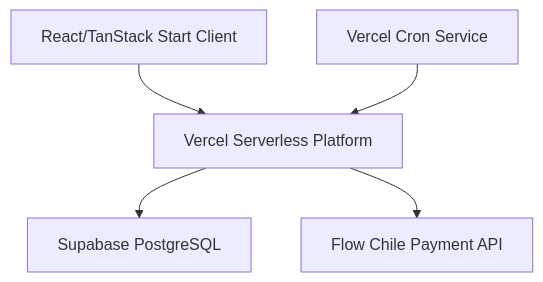
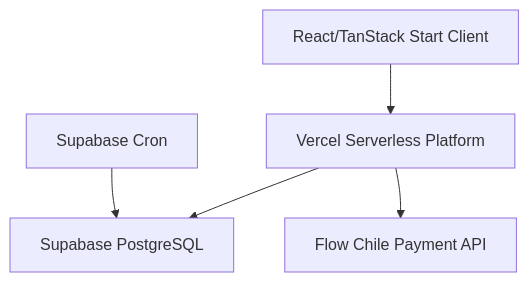
The diagram in docs/technical/01-stack.md (guacho175/tienda-orbynexdigital), drawn with Mermaid before and after one commit. The commit also changed other lines of this file and 66 other files, not shown here.

````diff
--- a/docs/technical/01-stack.md
+++ b/docs/technical/01-stack.md
@@ -41,7 +41,7 @@
 ```mermaid
 graph TD
     Client[React/TanStack Start Client] --> Vercel[Vercel Serverless Platform]
     Vercel --> Supabase[Supabase PostgreSQL]
     Vercel --> Flow[Flow Chile Payment API]
-    VercelCron[Vercel Cron Service] --> Vercel
+    SupabaseCron[Supabase Cron] --> Supabase
 ```
````
